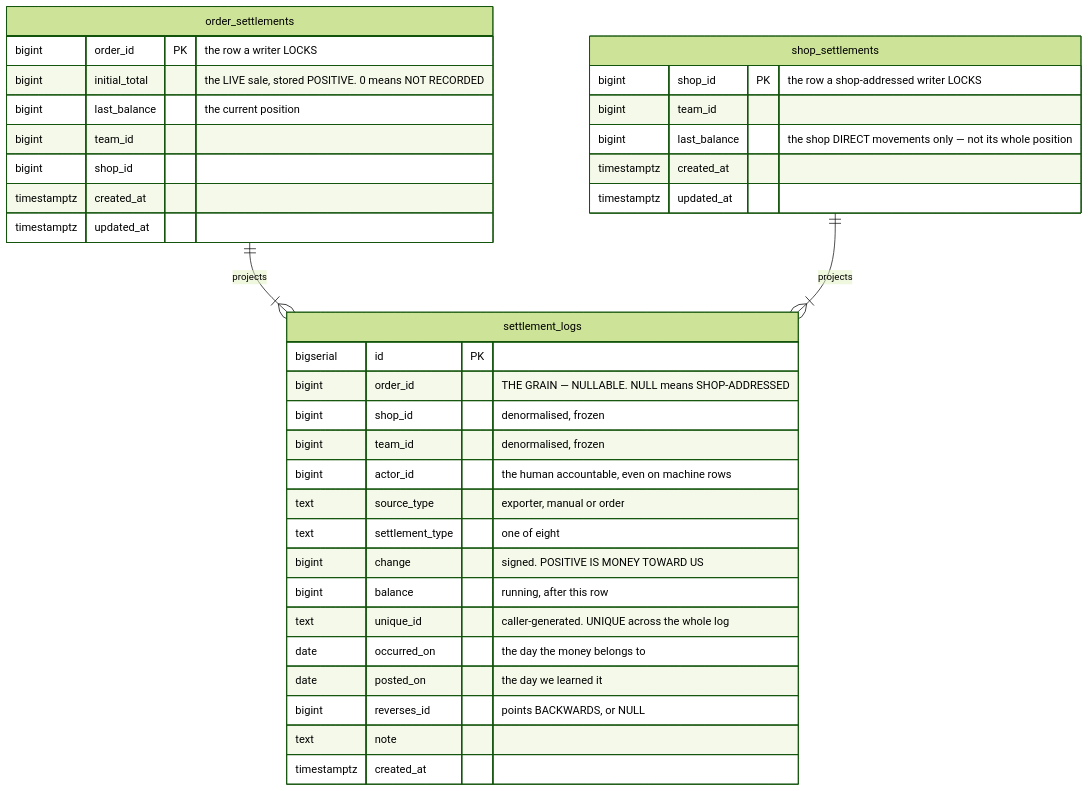
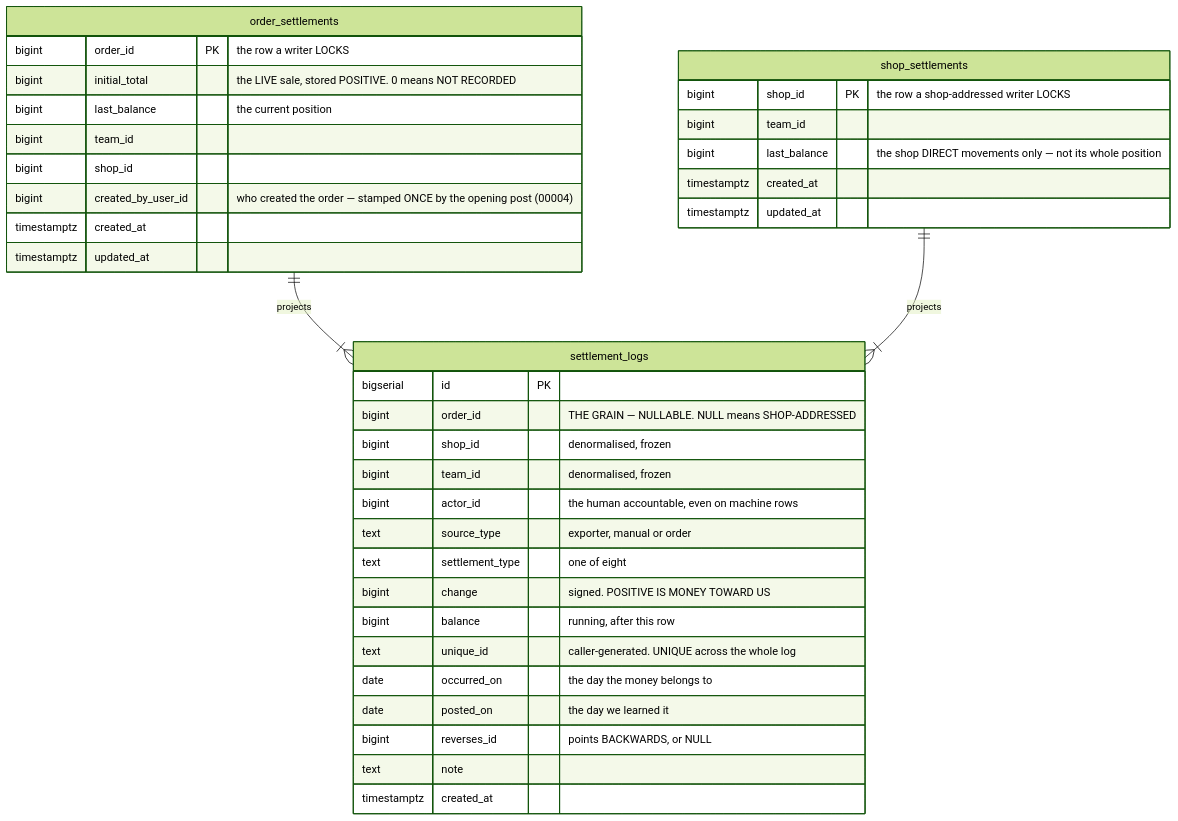
Before and after one commit to pdcgo/warehouse_revamp: diagram 13 of 14 in docs/database-schema.md, drawn with Mermaid (forest theme). The commit also changed other lines of this file and 21 other files, not shown here.

````diff
--- a/docs/database-schema.md
+++ b/docs/database-schema.md
@@ -1302,41 +1303,42 @@
 ```mermaid
 erDiagram
   settlement_logs {
     bigserial id PK
     bigint order_id "THE GRAIN — NULLABLE. NULL means SHOP-ADDRESSED"
     bigint shop_id "denormalised, frozen"
     bigint team_id "denormalised, frozen"
     bigint actor_id "the human accountable, even on machine rows"
     text source_type "exporter, manual or order"
     text settlement_type "one of eight"
     bigint change "signed. POSITIVE IS MONEY TOWARD US"
     bigint balance "running, after this row"
     text unique_id "caller-generated. UNIQUE across the whole log"
     date occurred_on "the day the money belongs to"
     date posted_on "the day we learned it"
     bigint reverses_id "points BACKWARDS, or NULL"
     text note
     timestamptz created_at
   }
 
   order_settlements {
     bigint order_id PK "the row a writer LOCKS"
     bigint initial_total "the LIVE sale, stored POSITIVE. 0 means NOT RECORDED"
     bigint last_balance "the current position"
     bigint team_id
     bigint shop_id
+    bigint created_by_user_id "who created the order — stamped ONCE by the opening post (00004)"
     timestamptz created_at
     timestamptz updated_at
   }
 
   shop_settlements {
     bigint shop_id PK "the row a shop-addressed writer LOCKS"
     bigint team_id
     bigint last_balance "the shop DIRECT movements only — not its whole position"
     timestamptz created_at
     timestamptz updated_at
   }
 
   order_settlements ||--|{ settlement_logs : projects
   shop_settlements ||--|{ settlement_logs : projects
 ```
````
